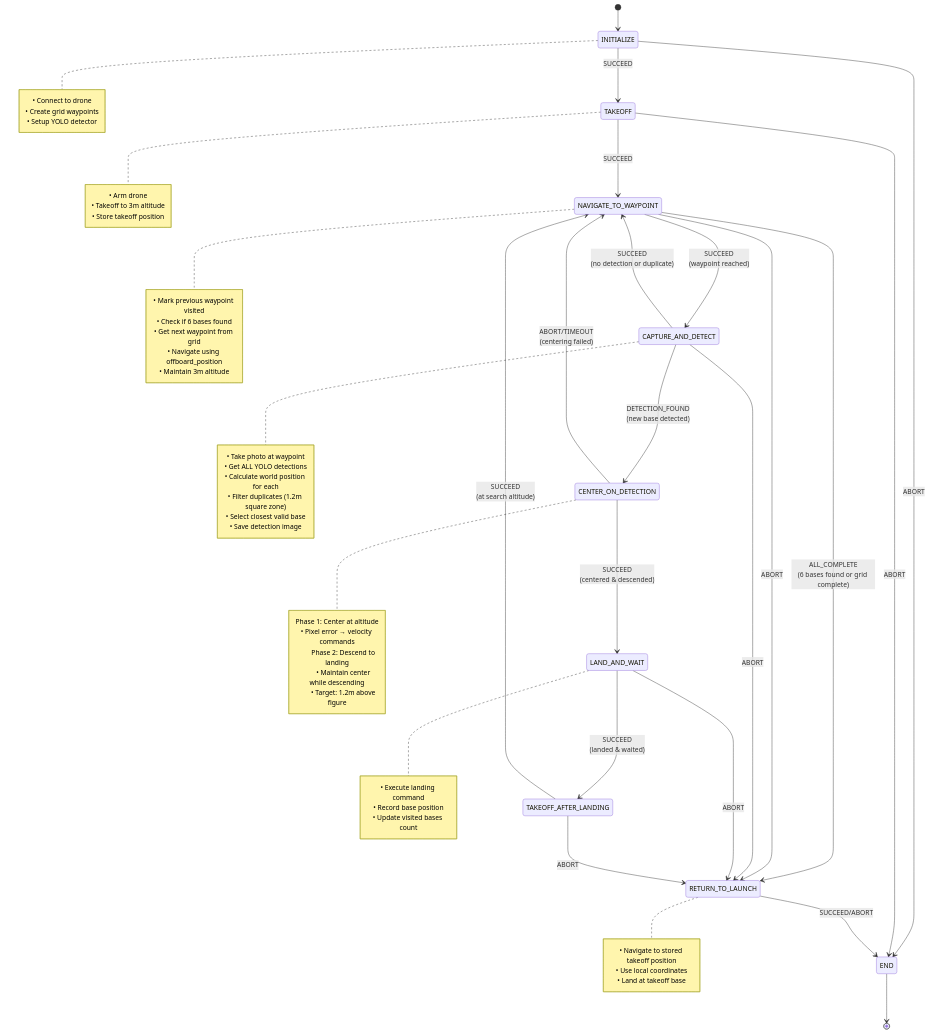
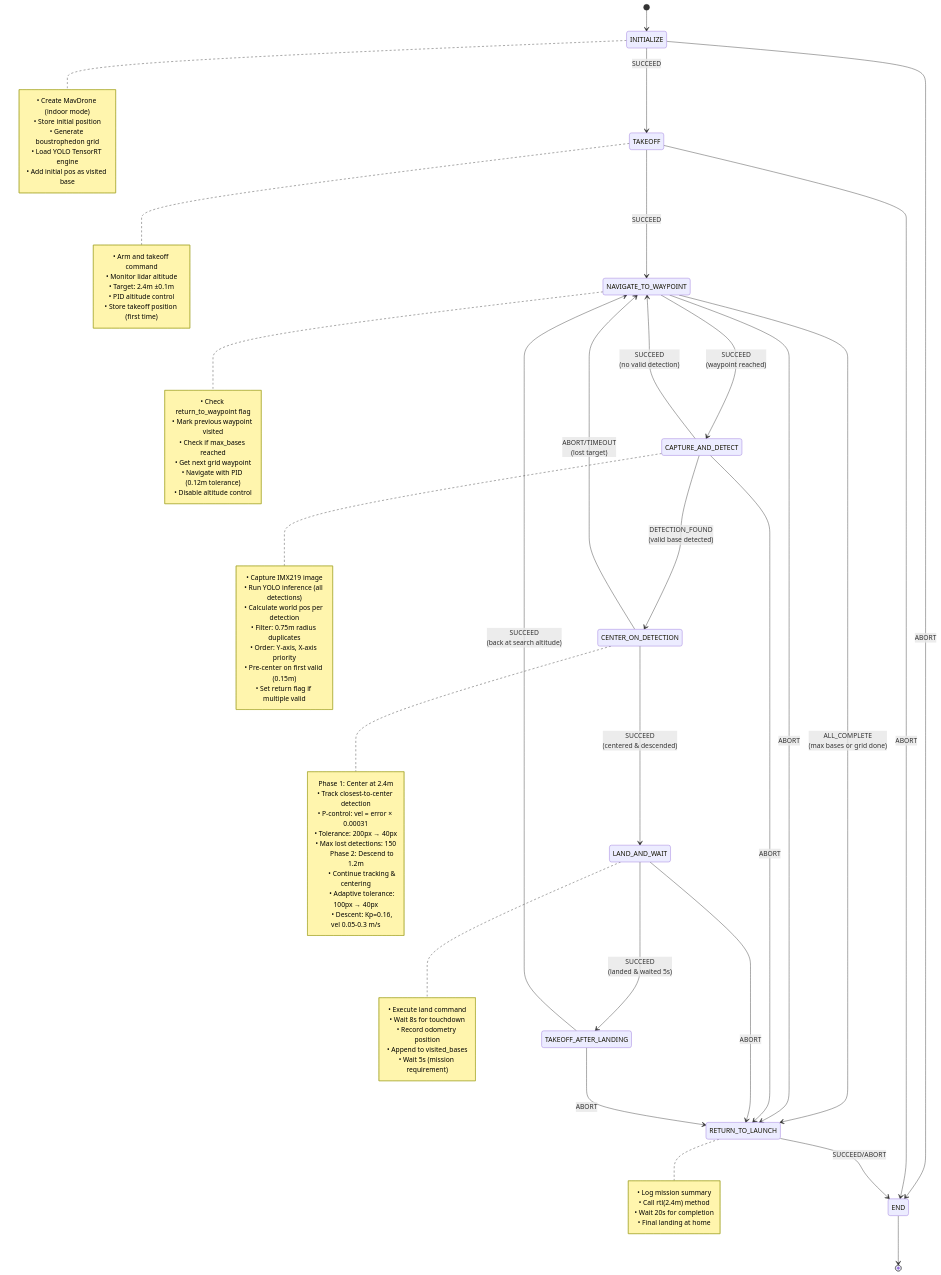
The diagram in mapping/README.md (Black-Bee-Drones/cbr-2025), drawn with Mermaid before and after one commit. The commit also changed other lines of this file, not shown here.

````diff
--- a/mapping/README.md
+++ b/mapping/README.md
@@ -55,20 +63,20 @@
     TAKEOFF --> END: ABORT
     
     NAVIGATE_TO_WAYPOINT --> CAPTURE_AND_DETECT: SUCCEED<br/>(waypoint reached)
-    NAVIGATE_TO_WAYPOINT --> RETURN_TO_LAUNCH: ALL_COMPLETE<br/>(6 bases found or grid complete)
+    NAVIGATE_TO_WAYPOINT --> RETURN_TO_LAUNCH: ALL_COMPLETE<br/>(max bases or grid done)
     NAVIGATE_TO_WAYPOINT --> RETURN_TO_LAUNCH: ABORT
     
-    CAPTURE_AND_DETECT --> NAVIGATE_TO_WAYPOINT: SUCCEED<br/>(no detection or duplicate)
-    CAPTURE_AND_DETECT --> CENTER_ON_DETECTION: DETECTION_FOUND<br/>(new base detected)
+    CAPTURE_AND_DETECT --> NAVIGATE_TO_WAYPOINT: SUCCEED<br/>(no valid detection)
+    CAPTURE_AND_DETECT --> CENTER_ON_DETECTION: DETECTION_FOUND<br/>(valid base detected)
     CAPTURE_AND_DETECT --> RETURN_TO_LAUNCH: ABORT
     
     CENTER_ON_DETECTION --> LAND_AND_WAIT: SUCCEED<br/>(centered & descended)
-    CENTER_ON_DETECTION --> NAVIGATE_TO_WAYPOINT: ABORT/TIMEOUT<br/>(centering failed)
+    CENTER_ON_DETECTION --> NAVIGATE_TO_WAYPOINT: ABORT/TIMEOUT<br/>(lost target)
     
-    LAND_AND_WAIT --> TAKEOFF_AFTER_LANDING: SUCCEED<br/>(landed & waited)
+    LAND_AND_WAIT --> TAKEOFF_AFTER_LANDING: SUCCEED<br/>(landed & waited 5s)
     LAND_AND_WAIT --> RETURN_TO_LAUNCH: ABORT
     
-    TAKEOFF_AFTER_LANDING --> NAVIGATE_TO_WAYPOINT: SUCCEED<br/>(at search altitude)
+    TAKEOFF_AFTER_LANDING --> NAVIGATE_TO_WAYPOINT: SUCCEED<br/>(back at search altitude)
     TAKEOFF_AFTER_LANDING --> RETURN_TO_LAUNCH: ABORT
     
     RETURN_TO_LAUNCH --> END: SUCCEED/ABORT
@@ -76,52 +84,65 @@
     END --> [*]
     
     note right of INITIALIZE
-        • Connect to drone
-        • Create grid waypoints
-        • Setup YOLO detector
+        • Create MavDrone (indoor mode)
+        • Store initial position
+        • Generate boustrophedon grid
+        • Load YOLO TensorRT engine
+        • Add initial pos as visited base
     end note
     
     note right of TAKEOFF
-        • Arm drone
-        • Takeoff to 3m altitude
-        • Store takeoff position
+        • Arm and takeoff command
+        • Monitor lidar altitude
+        • Target: 2.4m ±0.1m
+        • PID altitude control
+        • Store takeoff position (first time)
     end note
     
     note right of NAVIGATE_TO_WAYPOINT
+        • Check return_to_waypoint flag
         • Mark previous waypoint visited
-        • Check if 6 bases found
-        • Get next waypoint from grid
-        • Navigate using offboard_position
-        • Maintain 3m altitude
+        • Check if max_bases reached
+        • Get next grid waypoint
+        • Navigate with PID (0.12m tolerance)
+        • Disable altitude control
     end note
     
     note right of CAPTURE_AND_DETECT
-        • Take photo at waypoint
-        • Get ALL YOLO detections
-        • Calculate world position for each
-        • Filter duplicates (1.2m square zone)
-        • Select closest valid base
-        • Save detection image
+        • Capture IMX219 image
+        • Run YOLO inference (all detections)
+        • Calculate world pos per detection
+        • Filter: 0.75m radius duplicates
+        • Order: Y-axis, X-axis priority
+        • Pre-center on first valid (0.15m)
+        • Set return flag if multiple valid
     end note
     
     note right of CENTER_ON_DETECTION
-        Phase 1: Center at altitude
-        • Pixel error → velocity commands
+        Phase 1: Center at 2.4m
+        • Track closest-to-center detection
+        • P-control: vel = error × 0.00031
+        • Tolerance: 200px → 40px
+        • Max lost detections: 150
         
-        Phase 2: Descend to landing
-        • Maintain center while descending
-        • Target: 1.2m above figure
+        Phase 2: Descend to 1.2m
+        • Continue tracking & centering
+        • Adaptive tolerance: 100px → 40px
+        • Descent: Kp=0.16, vel 0.05-0.3 m/s
     end note
     
     note right of LAND_AND_WAIT
-        • Execute landing command
-        • Record base position
-        • Update visited bases count
+        • Execute land command
+        • Wait 8s for touchdown
+        • Record odometry position
+        • Append to visited_bases
+        • Wait 5s (mission requirement)
     end note
     
     note right of RETURN_TO_LAUNCH
-        • Navigate to stored takeoff position
-        • Use local coordinates
-        • Land at takeoff base
+        • Log mission summary
+        • Call rtl(2.4m) method
+        • Wait 20s for completion
+        • Final landing at home
     end note
 ```
````
